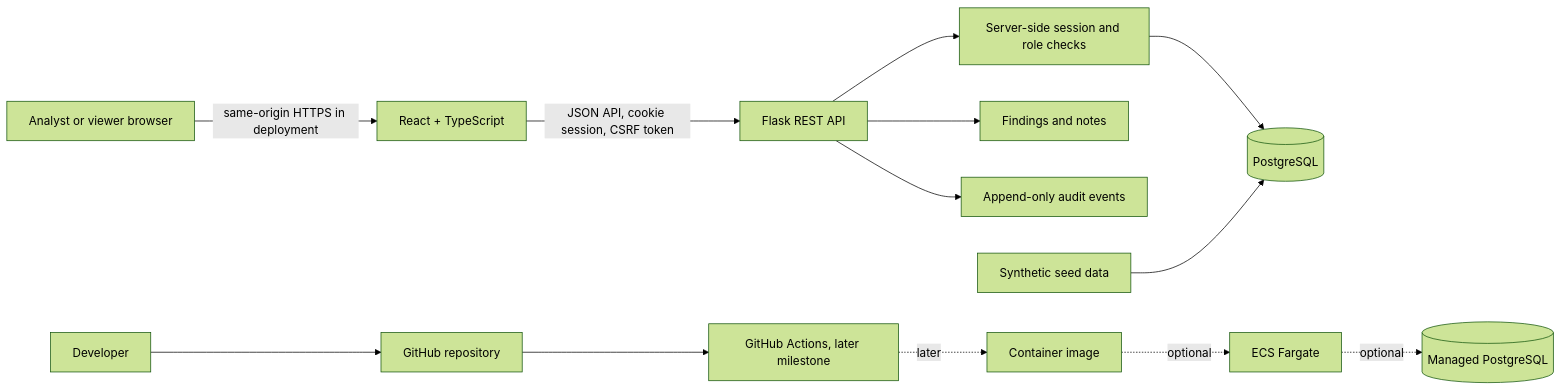
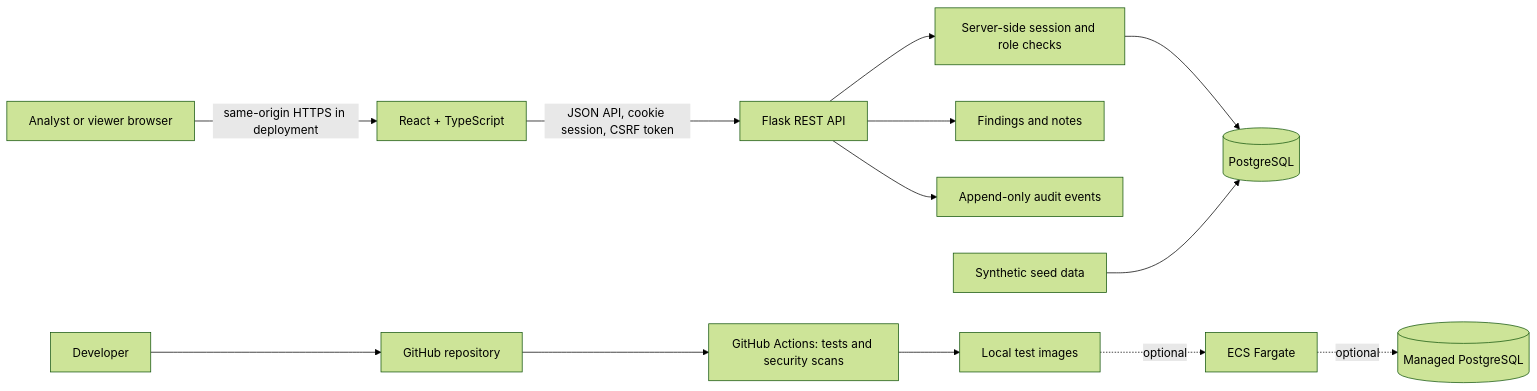
The diagram in docs/architecture.md (Mikarl-ops/cloud-security-findings-tracker), drawn with Mermaid (forest theme) before and after one commit. The commit also changed other lines of this file and 5 other files, not shown here.

````diff
--- a/docs/architecture.md
+++ b/docs/architecture.md
@@ -11,16 +11,16 @@
 ```mermaid
 flowchart LR
     Browser[Analyst or viewer browser] -->|same-origin HTTPS in deployment| UI[React + TypeScript]
     UI -->|JSON API, cookie session, CSRF token| API[Flask REST API]
     API --> AUTH[Server-side session and role checks]
     AUTH --> DB[(PostgreSQL)]
     API --> FIND[Findings and notes]
     API --> AUDIT[Append-only audit events]
     SEED[Synthetic seed data] --> DB
 
     DEV[Developer] --> REPO[GitHub repository]
-    REPO --> CI[GitHub Actions, later milestone]
-    CI -. later .-> IMAGE[Container image]
+    REPO --> CI[GitHub Actions: tests and security scans]
+    CI --> IMAGE[Local test images]
     IMAGE -. optional .-> ECS[ECS Fargate]
     ECS -. optional .-> RDS[(Managed PostgreSQL)]
 ```
````
